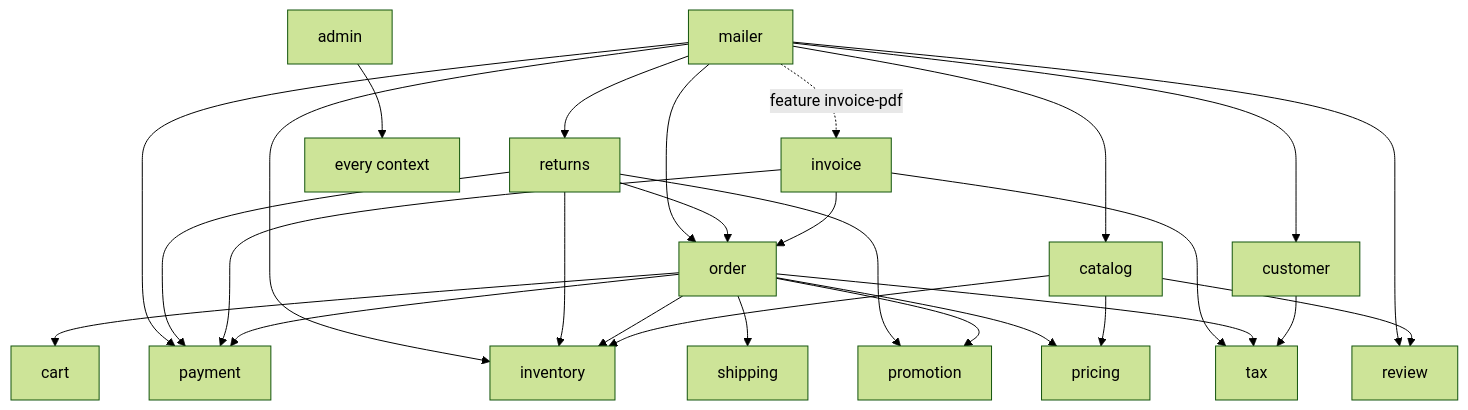
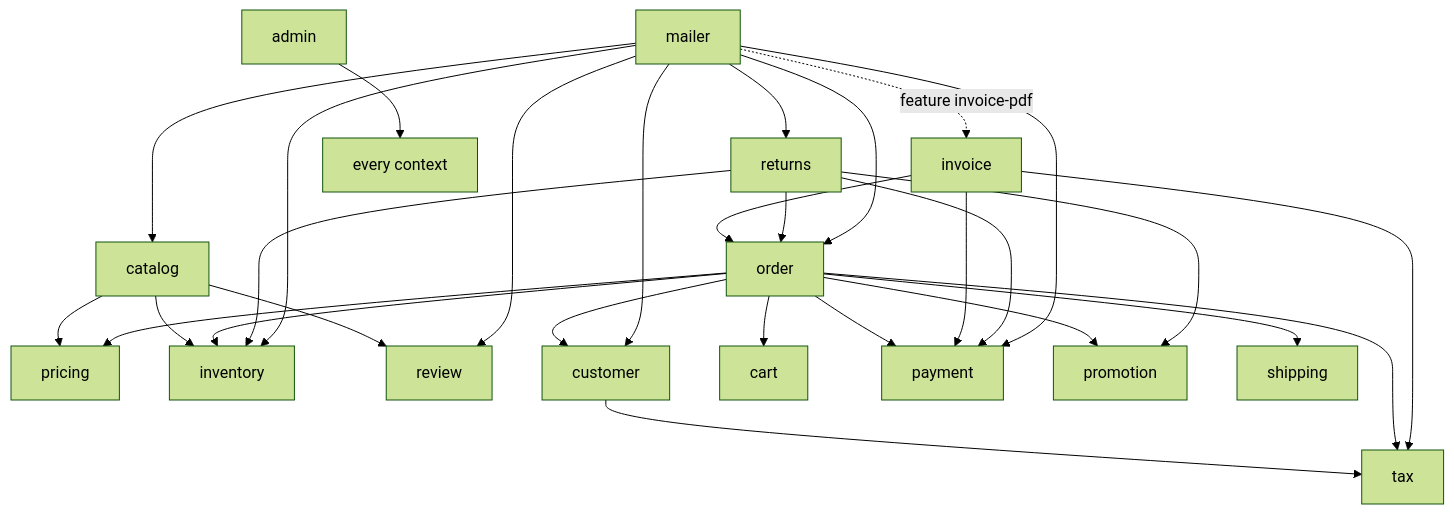
The first of 2 diagrams in docs/architecture.md (timayz/timada), drawn with Mermaid (forest theme) before and after one commit. The commit also changed other lines of this file and 40 other files, not shown here.

````diff
--- a/docs/architecture.md
+++ b/docs/architecture.md
@@ -33,11 +33,11 @@
 ```mermaid
 graph TD
     catalog --> pricing & inventory & review
     customer --> tax
-    order --> cart & inventory & payment & pricing & promotion & shipping & tax
+    order --> cart & customer & inventory & payment & pricing & promotion & shipping & tax
     invoice --> order & payment & tax
     returns --> order & payment & inventory & promotion
     mailer --> order & payment & inventory & returns & review & customer & catalog
     mailer -. feature invoice-pdf .-> invoice
     admin --> everything[every context]
 ```
````
